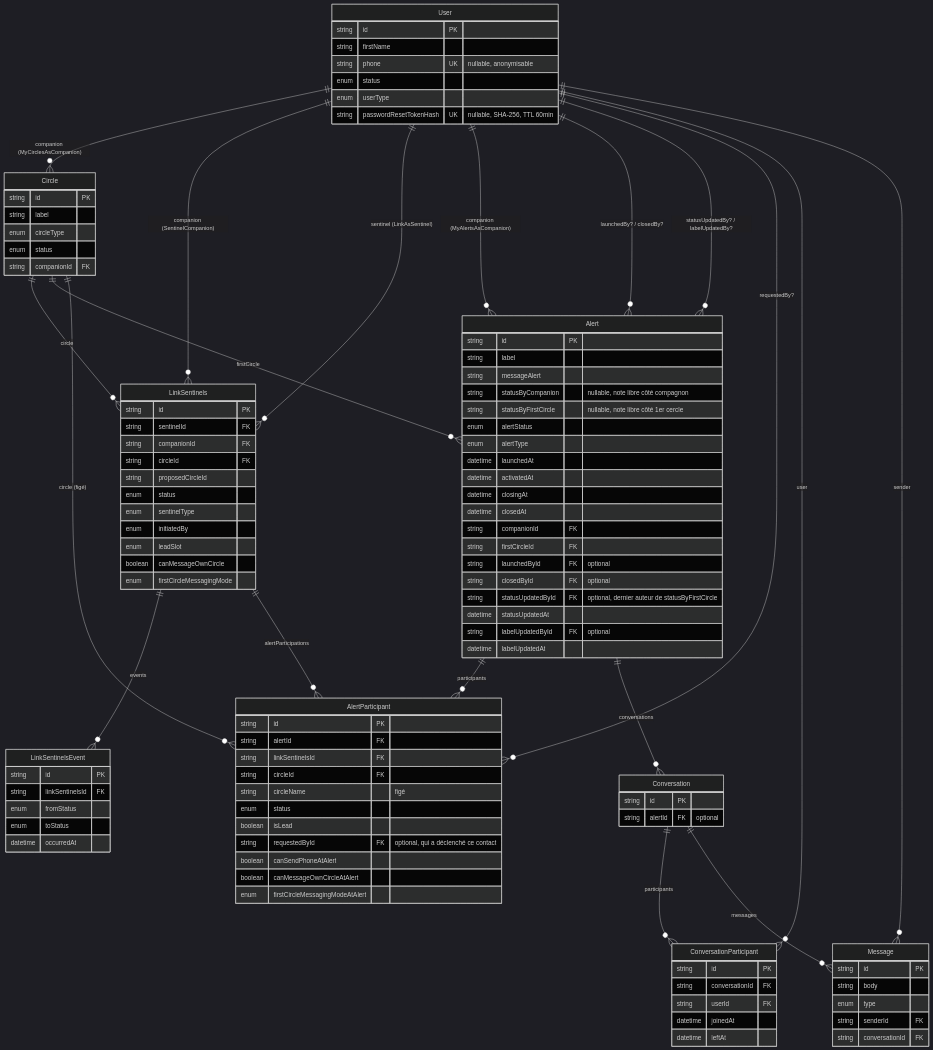
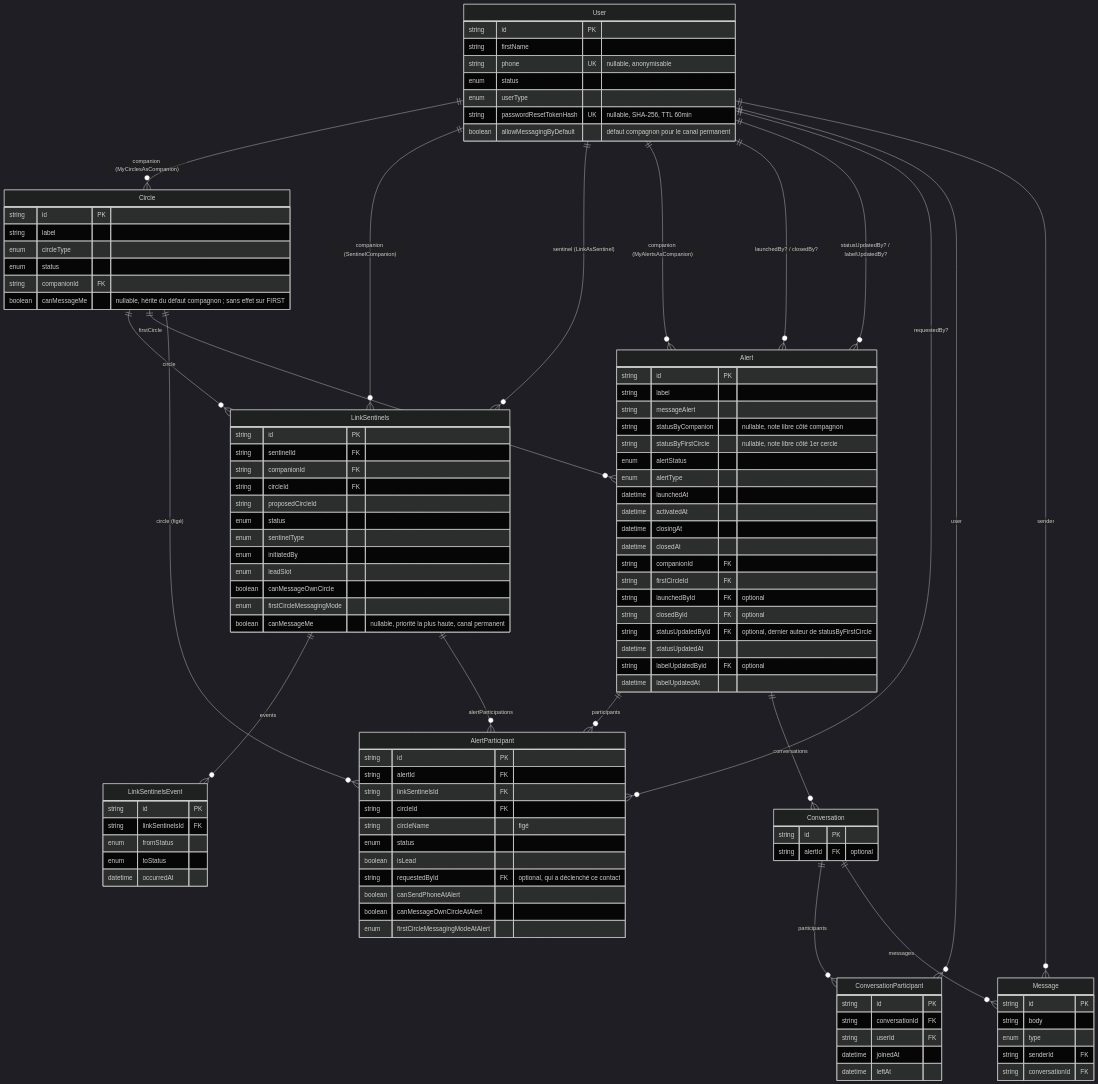
One commit to Sylvfo/MySentinelCircle changed the first of 5 diagrams in backend/prisma/DB_schema.md. Above: the diagram before and after it, drawn with Mermaid (dark theme). The commit also changed other lines of this file and 4 other files, not shown here.

```diff
--- a/backend/prisma/DB_schema.md
+++ b/backend/prisma/DB_schema.md
@@ -35,6 +35,7 @@
     enum   status
     enum   userType
     string passwordResetTokenHash UK "nullable, SHA-256, TTL 60min"
+    boolean allowMessagingByDefault "défaut compagnon pour le canal permanent"
   }
 
   Circle {
@@ -43,6 +44,7 @@
     enum   circleType
     enum   status
     string companionId FK
+    boolean canMessageMe "nullable, hérite du défaut compagnon ; sans effet sur FIRST"
   }
 
   LinkSentinels {
@@ -57,6 +59,7 @@
     enum   leadSlot
     boolean canMessageOwnCircle
     enum   firstCircleMessagingMode
+    boolean canMessageMe "nullable, priorité la plus haute, canal permanent"
   }
 
   LinkSentinelsEvent {
```
